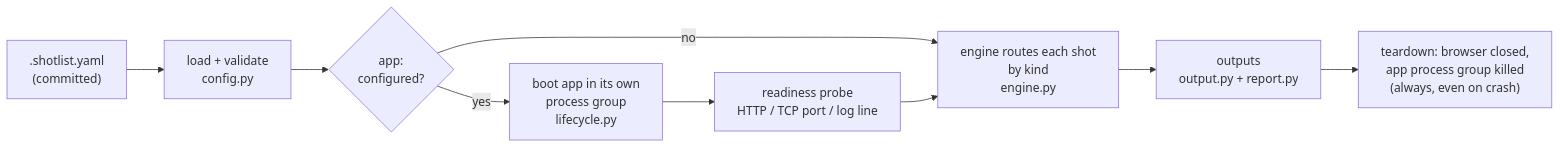
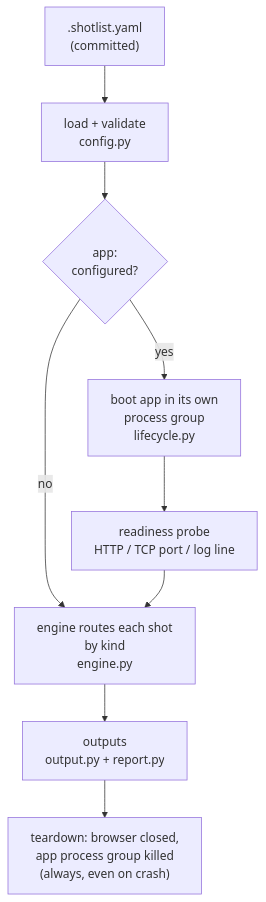
Before and after one commit to varmabudharaju/shotlist: the first of 5 diagrams in docs/how-it-works.md, drawn with Mermaid. The commit also changed other lines of this file and 8 other files, not shown here.

First line of the commit message:
docs: commit rendered flow-diagram PNGs; embed in README and how-it-works

````diff
--- a/docs/how-it-works.md
+++ b/docs/how-it-works.md
@@ -16,11 +22,11 @@
 ```mermaid
-flowchart LR
+flowchart TD
     Y[".shotlist.yaml<br/>(committed)"] --> L["load + validate<br/>config.py"]
     L --> A{"app:<br/>configured?"}
     A -- yes --> B["boot app in its own<br/>process group<br/>lifecycle.py"]
     B --> R["readiness probe<br/>HTTP / TCP port / log line"]
     A -- no --> E
     R --> E["engine routes each shot<br/>by kind<br/>engine.py"]
     E --> O["outputs<br/>output.py + report.py"]
     O --> T["teardown: browser closed,<br/>app process group killed<br/>(always, even on crash)"]
 ```
````
